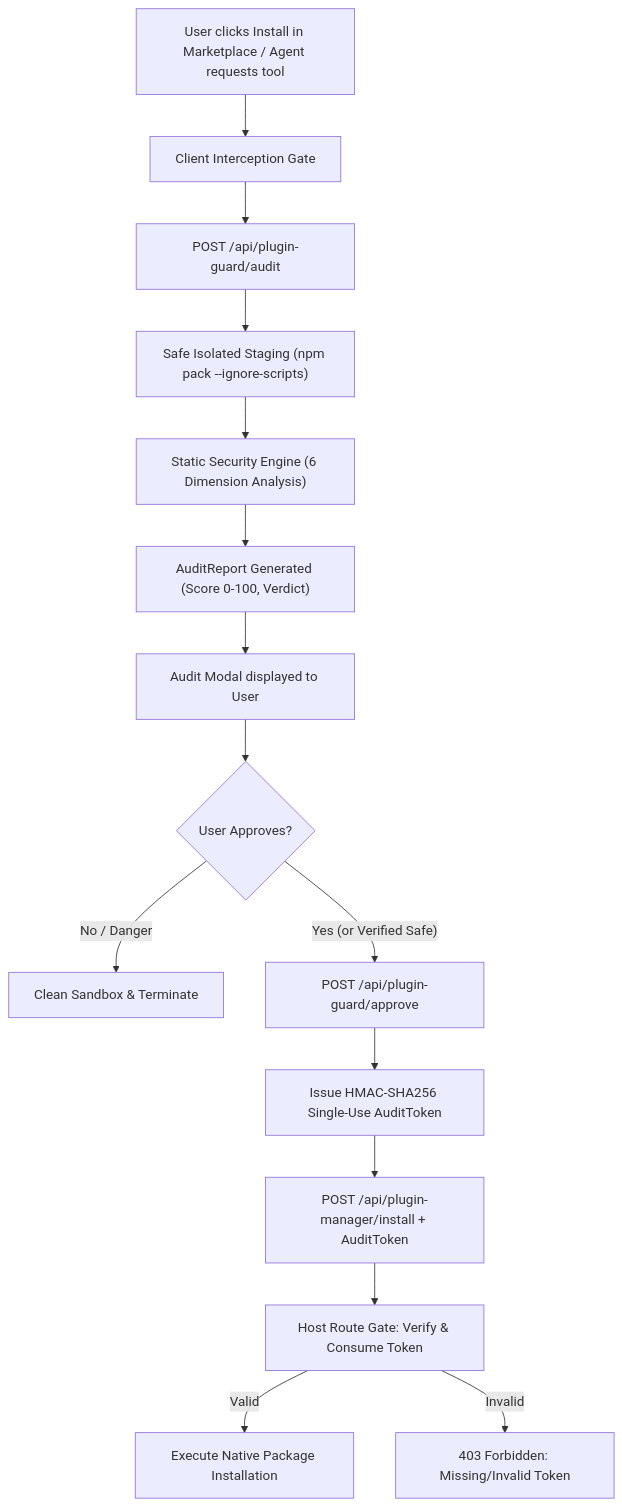
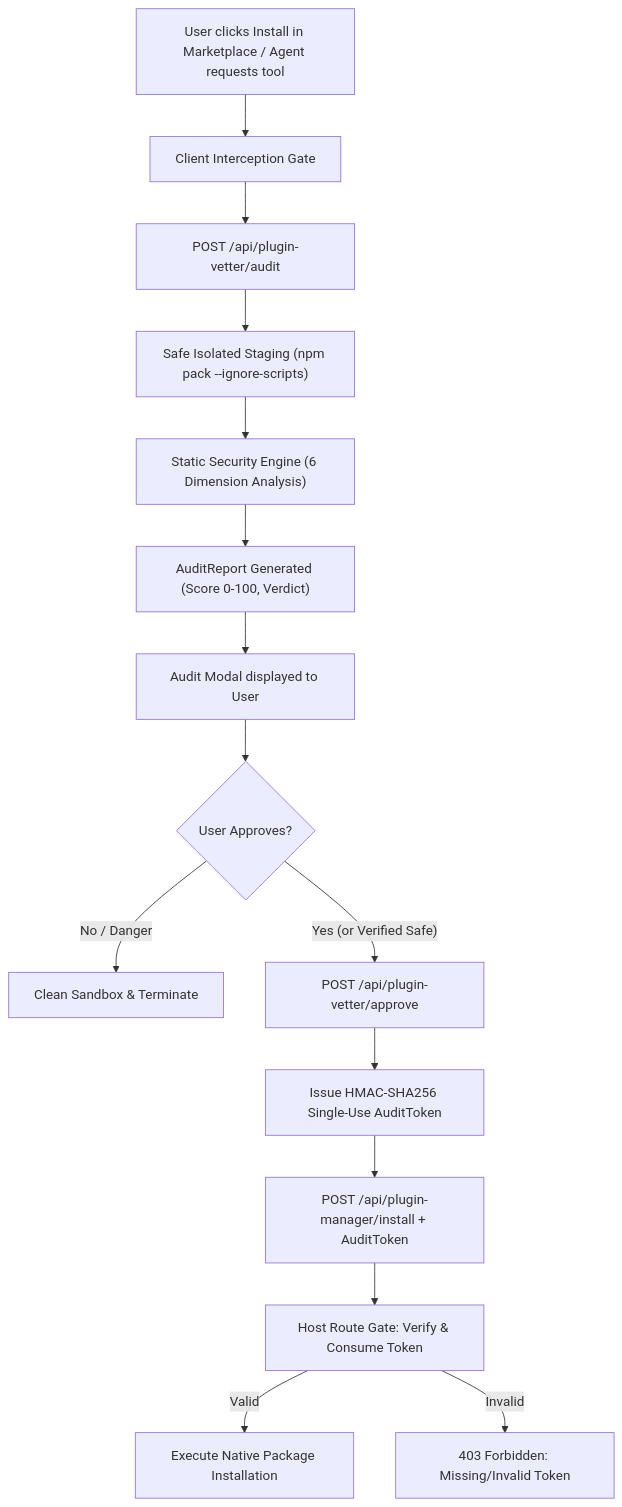
Before and after one commit to Ronnoc/dsh-plugin-guard: the diagram in README.md, drawn with Mermaid. The commit also changed other lines of this file and 27 other files, not shown here.

Commit message:
refactor: rename project from dsh-plugin-guard to dsh-plugin-vetter

````diff
--- a/README.md
+++ b/README.md
@@ -55,17 +55,17 @@
 ```mermaid
 flowchart TD
     User["User clicks Install in Marketplace / Agent requests tool"] --> Intercept["Client Interception Gate"]
-    Intercept --> RequestAudit["POST /api/plugin-guard/audit"]
+    Intercept --> RequestAudit["POST /api/plugin-vetter/audit"]
     RequestAudit --> Staging["Safe Isolated Staging (npm pack --ignore-scripts)"]
     Staging --> Scan["Static Security Engine (6 Dimension Analysis)"]
     Scan --> Report["AuditReport Generated (Score 0-100, Verdict)"]
     Report --> Modal["Audit Modal displayed to User"]
     Modal --> Choice{"User Approves?"}
     Choice -- "No / Danger" --> Abort["Clean Sandbox & Terminate"]
-    Choice -- "Yes (or Verified Safe)" --> TokenReq["POST /api/plugin-guard/approve"]
+    Choice -- "Yes (or Verified Safe)" --> TokenReq["POST /api/plugin-vetter/approve"]
     TokenReq --> IssueToken["Issue HMAC-SHA256 Single-Use AuditToken"]
     IssueToken --> RealInstall["POST /api/plugin-manager/install + AuditToken"]
     RealInstall --> HostGate["Host Route Gate: Verify & Consume Token"]
     HostGate -- Valid --> NativeInstall["Execute Native Package Installation"]
     HostGate -- Invalid --> Reject["403 Forbidden: Missing/Invalid Token"]
 ```
````
